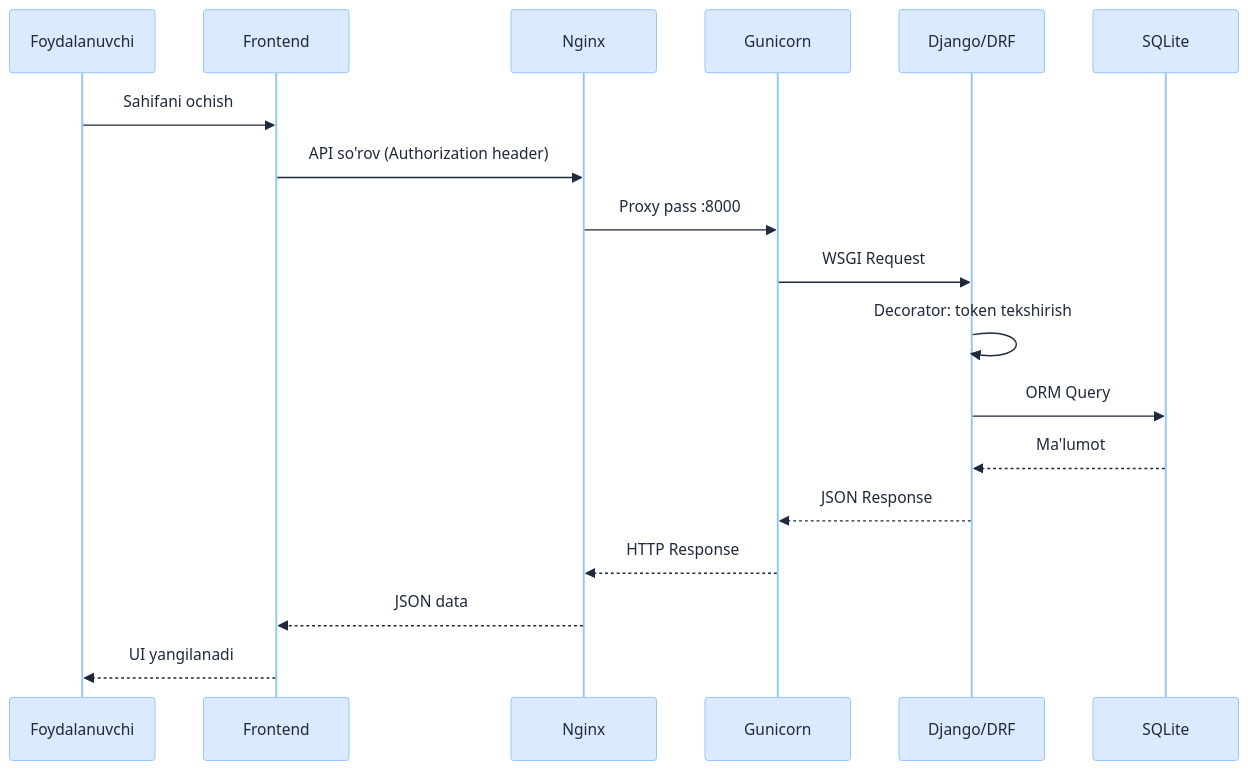
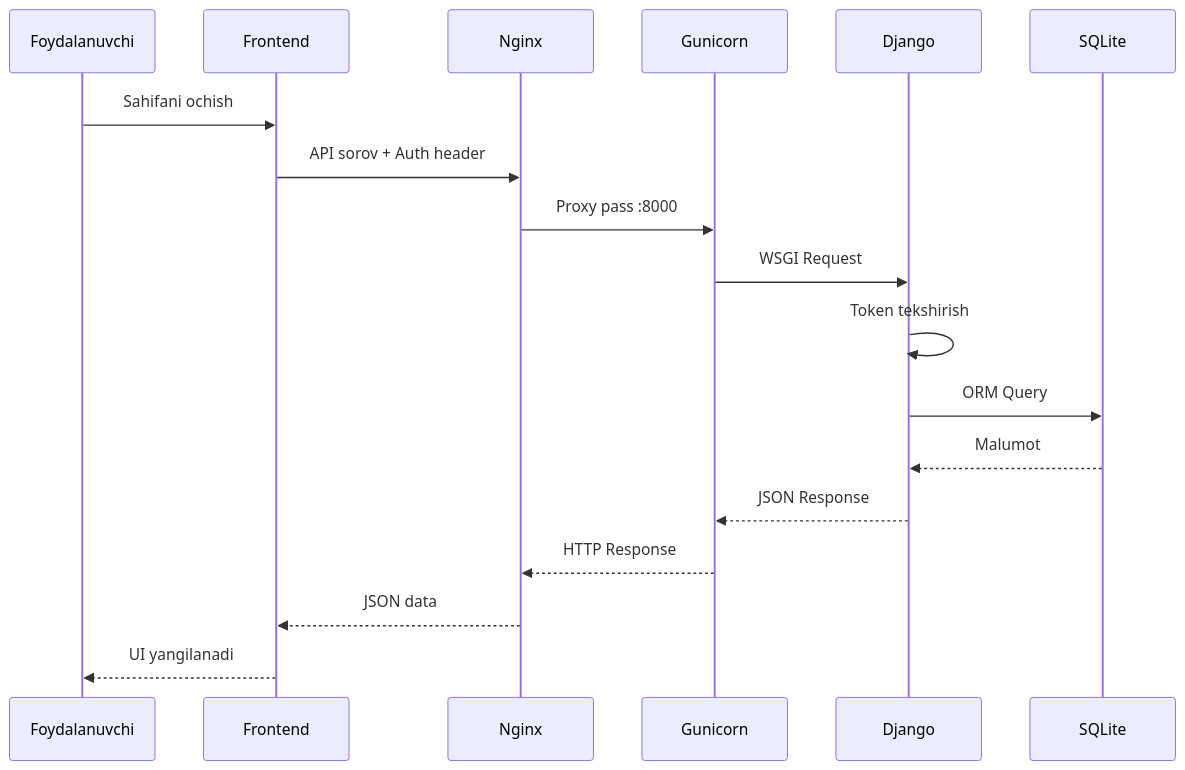
One commit to khismoiloff/BrpAvtoTest changed the fourth of 18 diagrams in README.md. Above: the diagram before and after it, drawn with Mermaid. The commit also changed other lines of this file, not shown here.

````diff
--- a/README.md
+++ b/README.md
@@ -159,22 +159,22 @@
 ```mermaid
-%%{init: {'theme': 'base', 'themeVariables': {'background': '#ffffff', 'primaryColor': '#dbeafe', 'primaryTextColor': '#1e293b', 'primaryBorderColor': '#93c5fd', 'lineColor': '#64748b', 'secondaryColor': '#fef3c7', 'tertiaryColor': '#ede9fe', 'fontFamily': 'sans-serif'}}}%%
+%%{init: {'theme': 'default'}}%%
 sequenceDiagram
     participant U as Foydalanuvchi
     participant F as Frontend
     participant N as Nginx
     participant G as Gunicorn
-    participant D as Django/DRF
+    participant D as Django
     participant DB as SQLite
 
     U->>F: Sahifani ochish
-    F->>N: API so'rov (Authorization header)
+    F->>N: API sorov + Auth header
     N->>G: Proxy pass :8000
     G->>D: WSGI Request
-    D->>D: Decorator: token tekshirish
+    D->>D: Token tekshirish
     D->>DB: ORM Query
-    DB-->>D: Ma'lumot
+    DB-->>D: Malumot
     D-->>G: JSON Response
     G-->>N: HTTP Response
     N-->>F: JSON data
     F-->>U: UI yangilanadi
 ```
````
